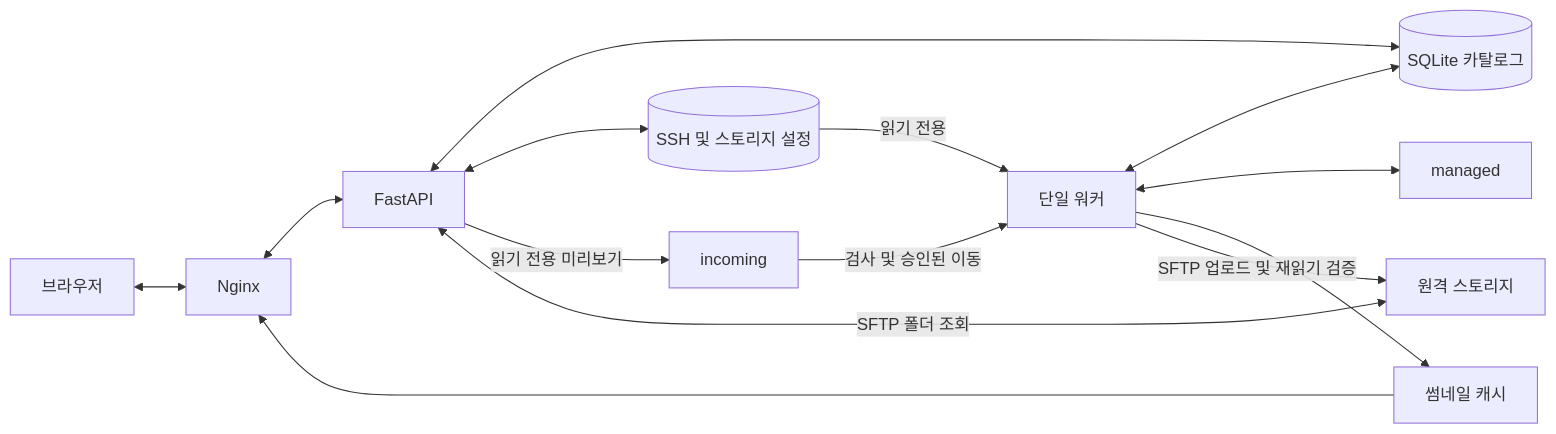
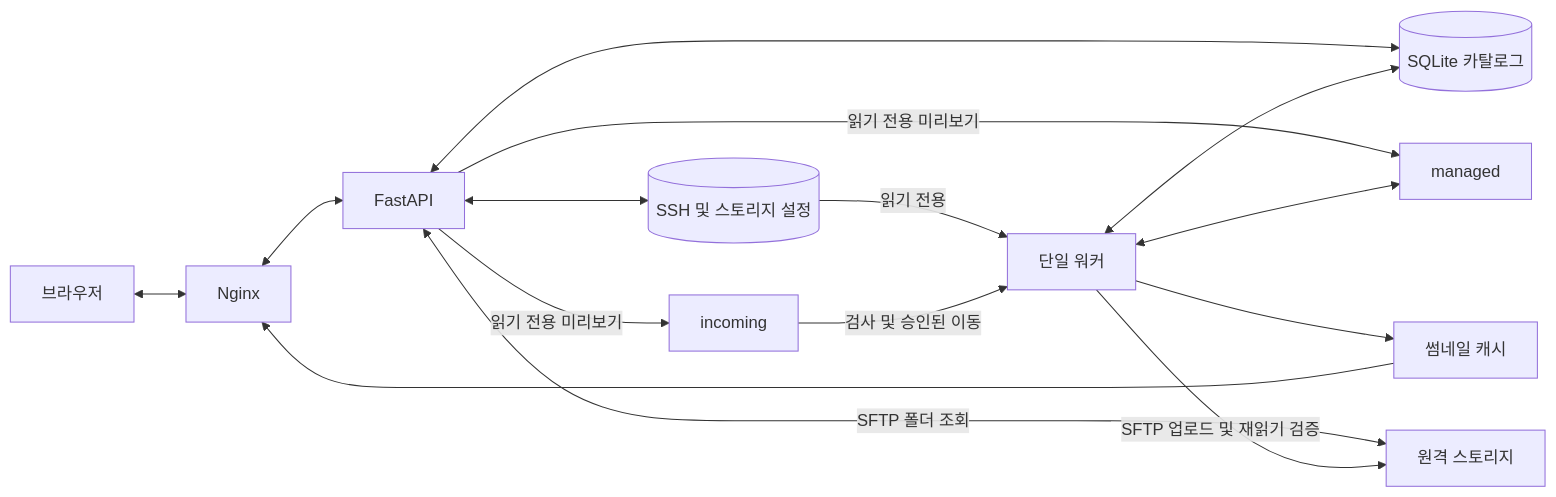
Before and after one commit to h4neulpark/photo_saver: the diagram in docs/architecture.md, drawn with Mermaid. The commit also changed other lines of this file and 20 other files, not shown here.

````diff
--- a/docs/architecture.md
+++ b/docs/architecture.md
@@ -15,16 +15,17 @@
 ```mermaid
 flowchart LR
     Browser[브라우저] <--> Nginx[Nginx]
     Nginx <--> API[FastAPI]
     API <--> DB[(SQLite 카탈로그)]
     API <--> Settings[(SSH 및 스토리지 설정)]
     API -->|읽기 전용 미리보기| Incoming[incoming]
+    API -->|읽기 전용 미리보기| Managed[managed]
     API <-->|SFTP 폴더 조회| OMV[원격 스토리지]
     Worker[단일 워커] <--> DB
     Settings -->|읽기 전용| Worker
     Incoming -->|검사 및 승인된 이동| Worker
-    Worker <--> Managed[managed]
+    Worker <--> Managed
     Worker --> Cache[썸네일 캐시]
     Cache --> Nginx
     Worker -->|SFTP 업로드 및 재읽기 검증| OMV
 ```
````
